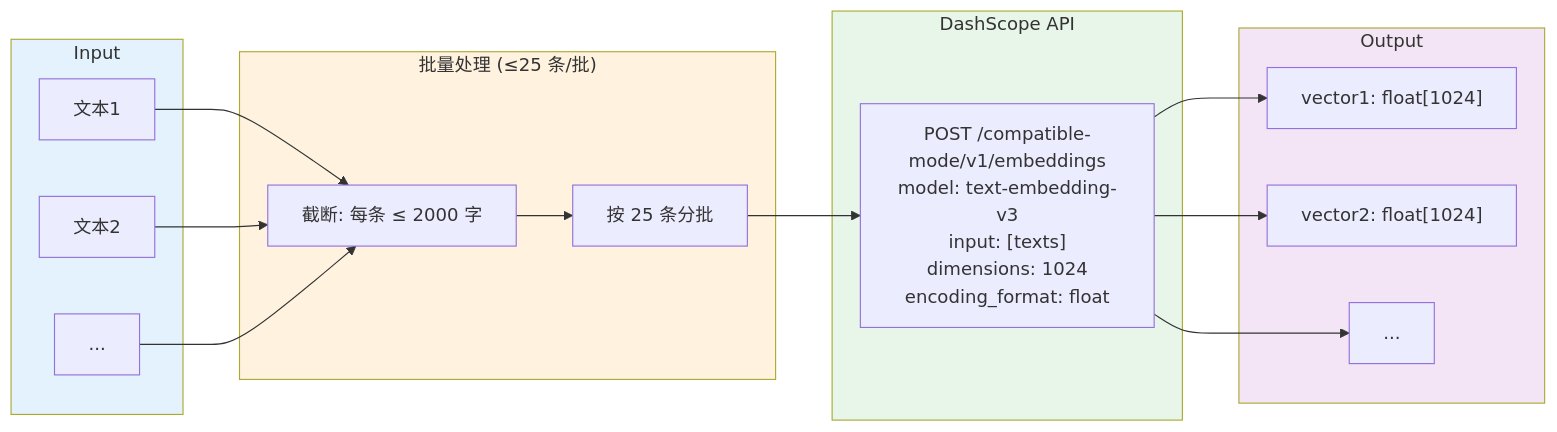
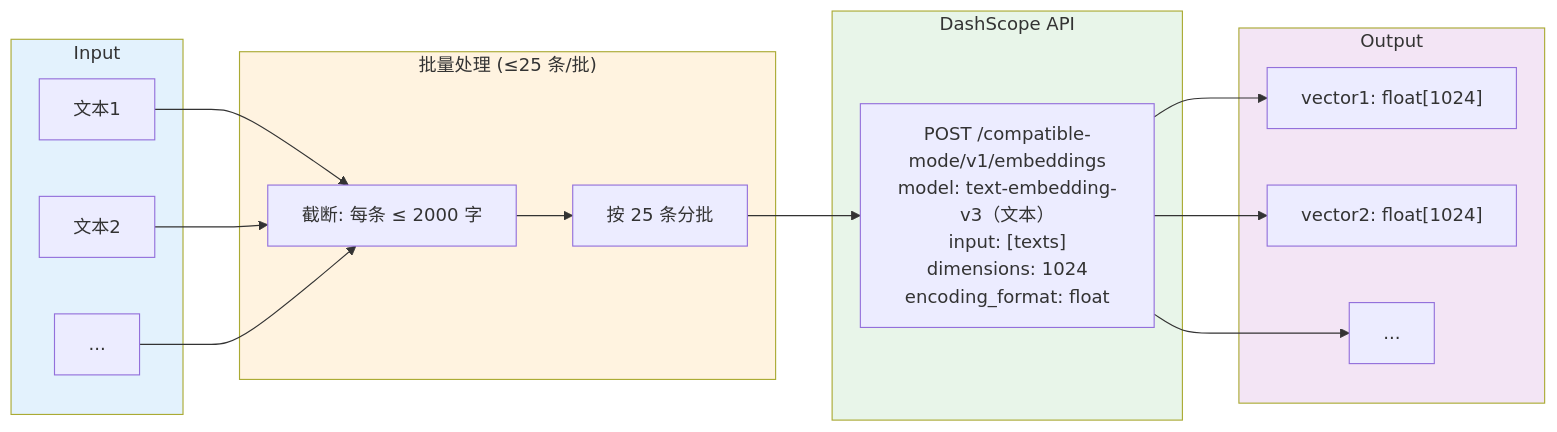
One commit to jitok123/AI-Assistant-Anywhere changed the sixth of 7 diagrams in 架构文档/log10_rag_architecture.md. Above: the diagram before and after it, drawn with Mermaid. The commit also changed other lines of this file and 24 other files, not shown here.

````diff
--- a/架构文档/log10_rag_architecture.md
+++ b/架构文档/log10_rag_architecture.md
@@ -155,37 +155,37 @@
 ```mermaid
 flowchart LR
     subgraph Input
         T1["文本1"]
         T2["文本2"]
         TN["..."]
     end
 
     subgraph Batch["批量处理 (≤25 条/批)"]
         TRUNCATE["截断: 每条 ≤ 2000 字"]
         SPLIT["按 25 条分批"]
     end
 
     subgraph API["DashScope API"]
-        REQ["POST /compatible-mode/v1/embeddings<br/>model: text-embedding-v3<br/>input: [texts]<br/>dimensions: 1024<br/>encoding_format: float"]
+        REQ["POST /compatible-mode/v1/embeddings<br/>model: text-embedding-v3（文本）<br/>input: [texts]<br/>dimensions: 1024<br/>encoding_format: float"]
     end
 
     subgraph Output
         V1["vector1: float[1024]"]
         V2["vector2: float[1024]"]
         VN["..."]
     end
 
     T1 --> TRUNCATE
     T2 --> TRUNCATE
     TN --> TRUNCATE
     TRUNCATE --> SPLIT
     SPLIT --> REQ
     REQ --> V1
     REQ --> V2
     REQ --> VN
 
     style Input fill:#E3F2FD
     style Batch fill:#FFF3E0
     style API fill:#E8F5E9
     style Output fill:#F3E5F5
 ```
````
